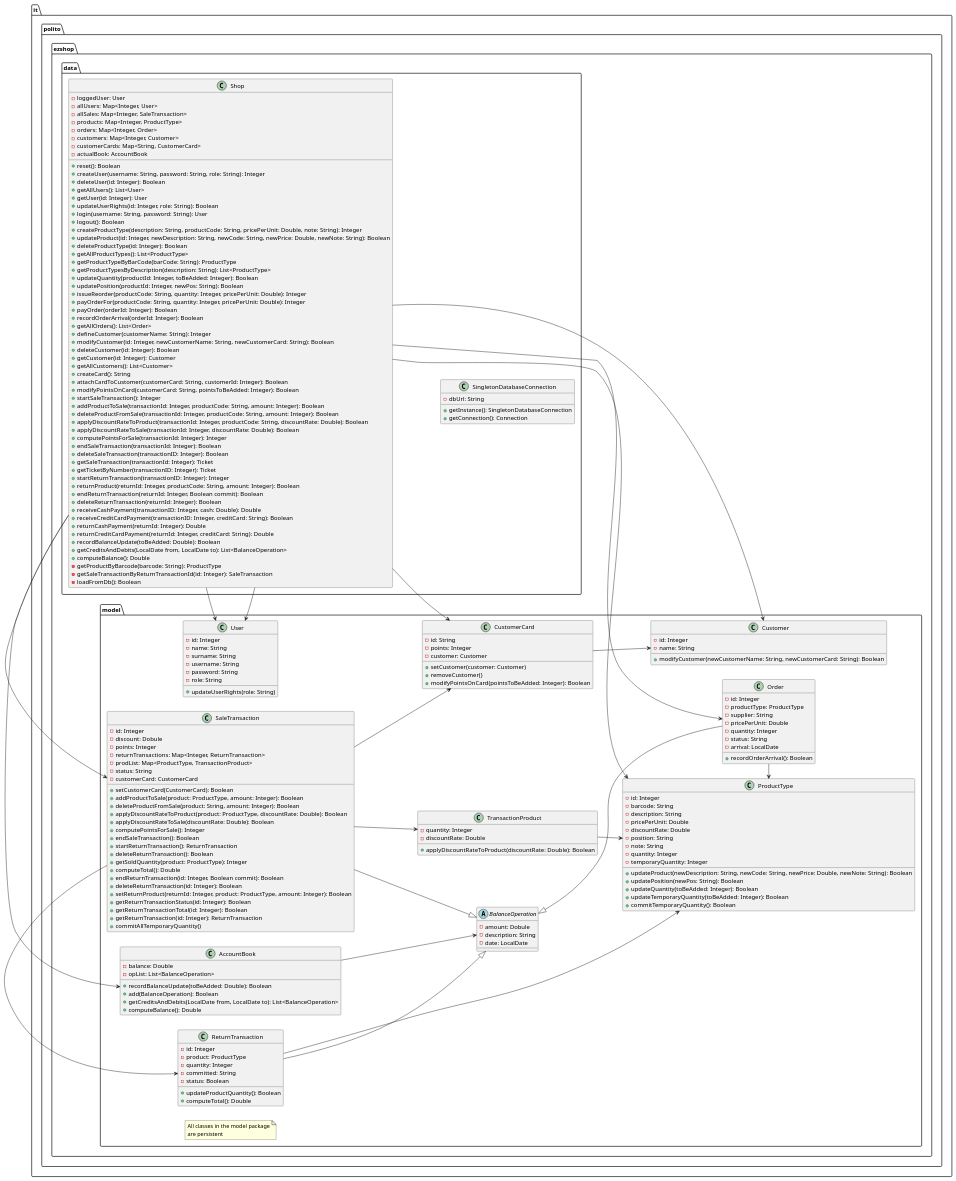
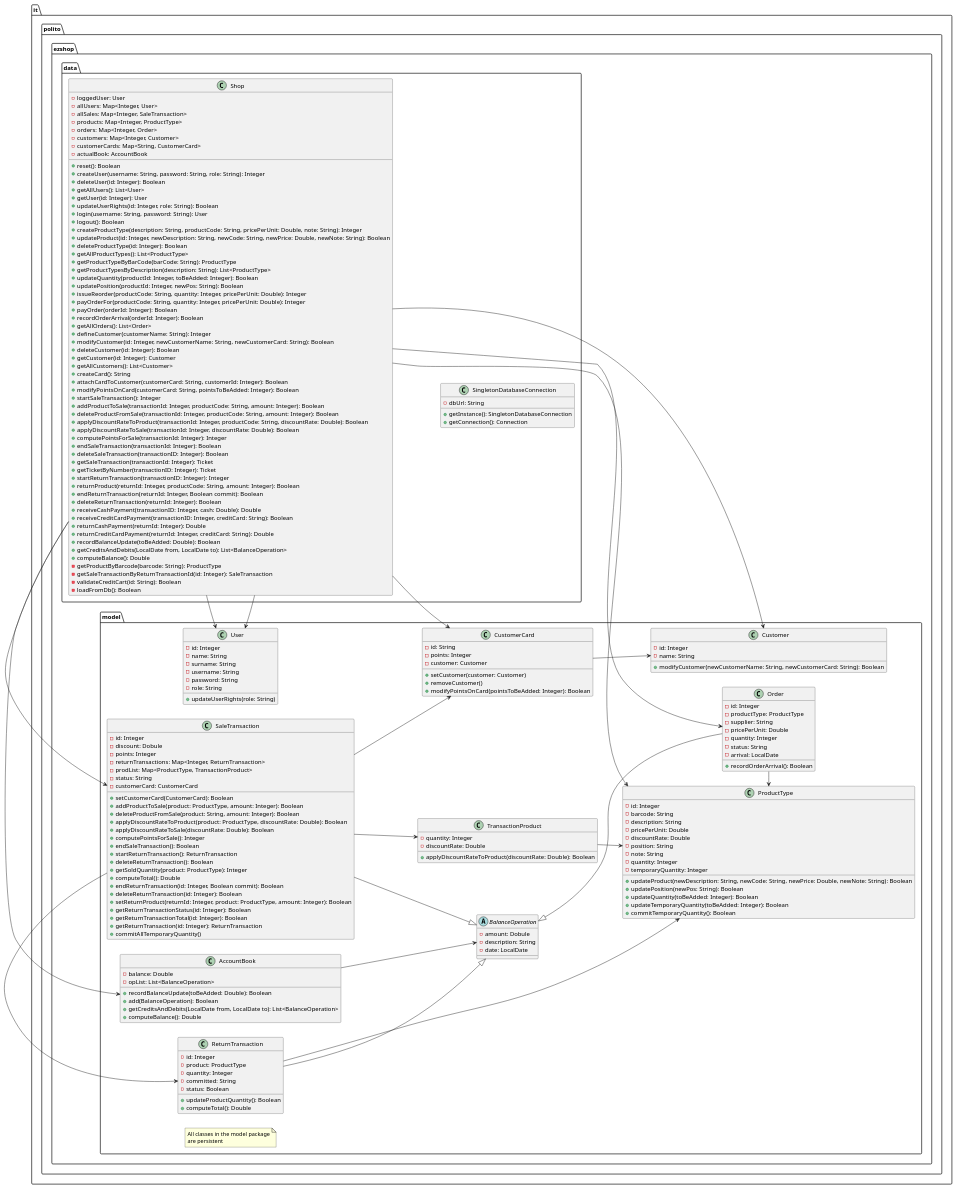
The second of 14 diagrams in Deliverables/DesignDocument.md (MatteoBattilana/EzShop), drawn with PlantUML before and after one commit.

Commit message:
docs: added creditcard validation

```diff
--- a/Deliverables/DesignDocument.md
+++ b/Deliverables/DesignDocument.md
@@ -119,6 +119,7 @@
 + computeBalance(): Double
 - getProductByBarcode(barcode: String): ProductType
 - getSaleTransactionByReturnTransactionId(id: Integer): SaleTransaction
+- validateCreditCart(id: String): Boolean
 - loadFromDb(): Boolean
   }
   Shop -[hidden]-> SingletonDatabaseConnection
```
